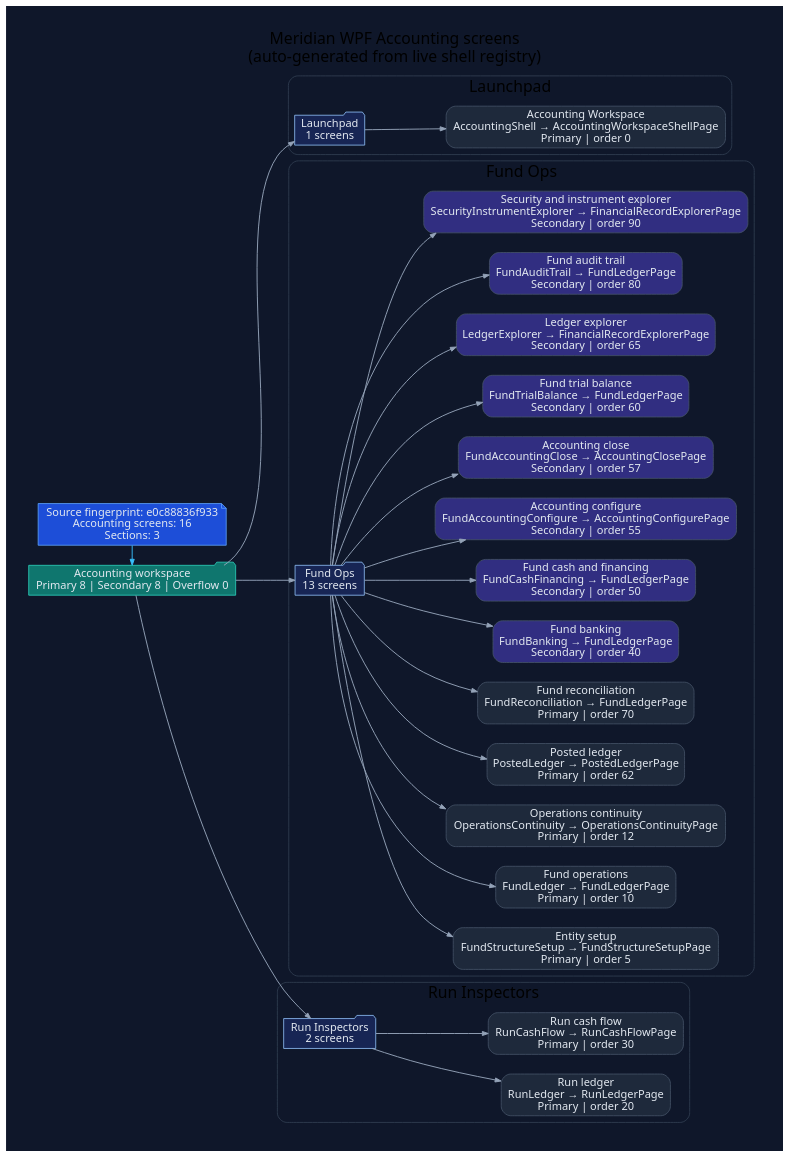
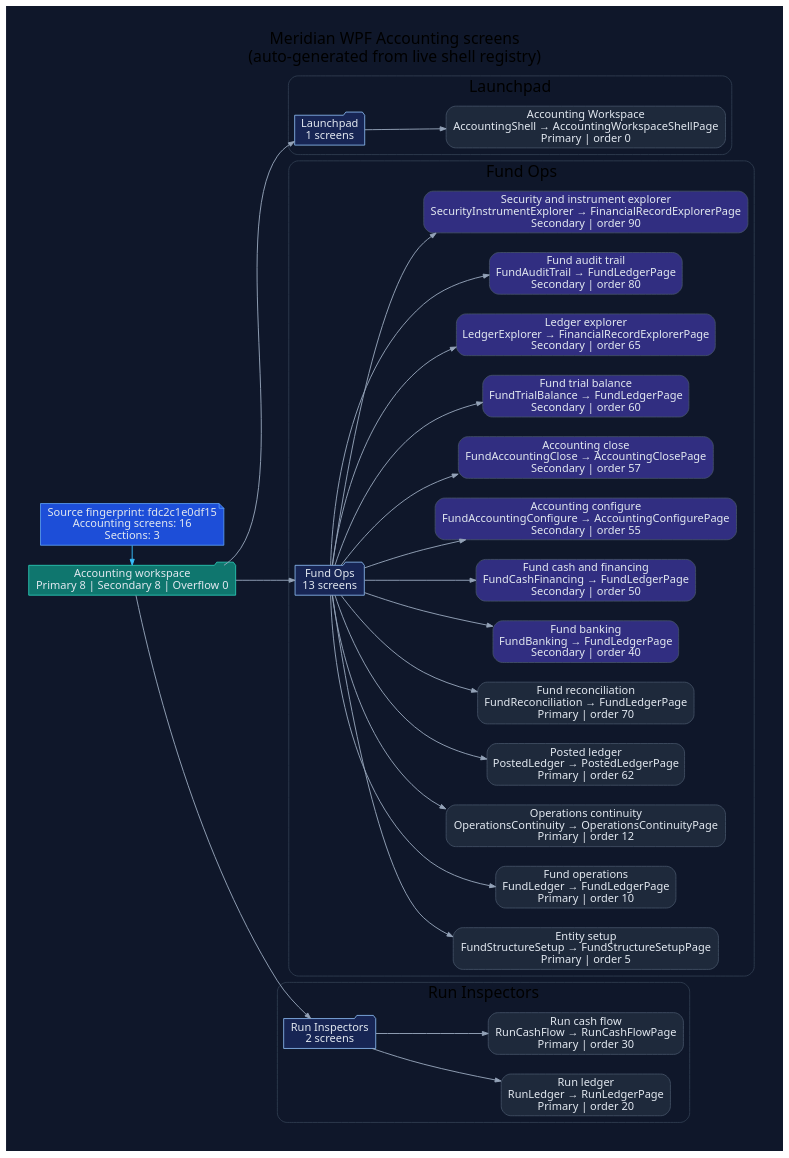
The diagram in docs/diagrams/ui-wpf-screens-accounting.dot (rodoHasArrived/Meridian-main), drawn with Graphviz before and after one commit. The commit also changed 187 other files, not shown here.

```diff
--- a/docs/diagrams/ui-wpf-screens-accounting.dot
+++ b/docs/diagrams/ui-wpf-screens-accounting.dot
@@ -1,82 +1,82 @@
 // -----------------------------------------------------------------------------
 // <auto-generated>
 // Generated by scripts/generate-diagrams.mjs.
 // Do not edit this file directly; update the WPF source files instead.
 // -----------------------------------------------------------------------------
 digraph WpfAccountingScreens {
   graph [
     rankdir=LR,
     labelloc=t,
     label="Meridian WPF Accounting screens\n(auto-generated from live shell registry)",
     fontname="Segoe UI",
     fontsize=20,
     pad=0.4,
     nodesep=0.35,
     ranksep=0.85,
     bgcolor="#0f172a"
   ];
   node [fontname="Segoe UI", shape=box, style="rounded,filled", color="#475569", fontcolor="#e2e8f0", fillcolor="#1e293b"];
   edge [fontname="Segoe UI", color="#94a3b8", penwidth=1.2, arrowsize=0.75];
 
-  generated [shape=note, fillcolor="#1d4ed8", color="#60a5fa", label="Source fingerprint: e0c88836f933\nAccounting screens: 16\nSections: 3"];
+  generated [shape=note, fillcolor="#1d4ed8", color="#60a5fa", label="Source fingerprint: fdc2c1e0df15\nAccounting screens: 16\nSections: 3"];
   workspace [shape=folder, fillcolor="#0f766e", color="#2dd4bf", label="Accounting workspace\nPrimary 8 | Secondary 8 | Overflow 0"];
   generated -> workspace [color="#38bdf8"];
 
   subgraph cluster_section_1 {
     label="Launchpad";
     color="#334155";
     style="rounded";
     section_1 [shape=folder, fillcolor="#172554", color="#93c5fd", label="Launchpad\n1 screens"];
     workspace -> section_1;
     screen_AccountingShell [fillcolor="#1e293b", label="Accounting Workspace\nAccountingShell → AccountingWorkspaceShellPage\nPrimary | order 0"];
     section_1 -> screen_AccountingShell;
   }
 
   subgraph cluster_section_2 {
     label="Fund Ops";
     color="#334155";
     style="rounded";
     section_2 [shape=folder, fillcolor="#172554", color="#93c5fd", label="Fund Ops\n13 screens"];
     workspace -> section_2;
     screen_FundStructureSetup [fillcolor="#1e293b", label="Entity setup\nFundStructureSetup → FundStructureSetupPage\nPrimary | order 5"];
     section_2 -> screen_FundStructureSetup;
     screen_FundLedger [fillcolor="#1e293b", label="Fund operations\nFundLedger → FundLedgerPage\nPrimary | order 10"];
     section_2 -> screen_FundLedger;
     screen_OperationsContinuity [fillcolor="#1e293b", label="Operations continuity\nOperationsContinuity → OperationsContinuityPage\nPrimary | order 12"];
     section_2 -> screen_OperationsContinuity;
     screen_PostedLedger [fillcolor="#1e293b", label="Posted ledger\nPostedLedger → PostedLedgerPage\nPrimary | order 62"];
     section_2 -> screen_PostedLedger;
     screen_FundReconciliation [fillcolor="#1e293b", label="Fund reconciliation\nFundReconciliation → FundLedgerPage\nPrimary | order 70"];
     section_2 -> screen_FundReconciliation;
     screen_FundBanking [fillcolor="#312e81", label="Fund banking\nFundBanking → FundLedgerPage\nSecondary | order 40"];
     section_2 -> screen_FundBanking;
     screen_FundCashFinancing [fillcolor="#312e81", label="Fund cash and financing\nFundCashFinancing → FundLedgerPage\nSecondary | order 50"];
     section_2 -> screen_FundCashFinancing;
     screen_FundAccountingConfigure [fillcolor="#312e81", label="Accounting configure\nFundAccountingConfigure → AccountingConfigurePage\nSecondary | order 55"];
     section_2 -> screen_FundAccountingConfigure;
     screen_FundAccountingClose [fillcolor="#312e81", label="Accounting close\nFundAccountingClose → AccountingClosePage\nSecondary | order 57"];
     section_2 -> screen_FundAccountingClose;
     screen_FundTrialBalance [fillcolor="#312e81", label="Fund trial balance\nFundTrialBalance → FundLedgerPage\nSecondary | order 60"];
     section_2 -> screen_FundTrialBalance;
     screen_LedgerExplorer [fillcolor="#312e81", label="Ledger explorer\nLedgerExplorer → FinancialRecordExplorerPage\nSecondary | order 65"];
     section_2 -> screen_LedgerExplorer;
     screen_FundAuditTrail [fillcolor="#312e81", label="Fund audit trail\nFundAuditTrail → FundLedgerPage\nSecondary | order 80"];
     section_2 -> screen_FundAuditTrail;
     screen_SecurityInstrumentExplorer [fillcolor="#312e81", label="Security and instrument explorer\nSecurityInstrumentExplorer → FinancialRecordExplorerPage\nSecondary | order 90"];
     section_2 -> screen_SecurityInstrumentExplorer;
   }
 
   subgraph cluster_section_3 {
     label="Run Inspectors";
     color="#334155";
     style="rounded";
     section_3 [shape=folder, fillcolor="#172554", color="#93c5fd", label="Run Inspectors\n2 screens"];
     workspace -> section_3;
     screen_RunLedger [fillcolor="#1e293b", label="Run ledger\nRunLedger → RunLedgerPage\nPrimary | order 20"];
     section_3 -> screen_RunLedger;
     screen_RunCashFlow [fillcolor="#1e293b", label="Run cash flow\nRunCashFlow → RunCashFlowPage\nPrimary | order 30"];
     section_3 -> screen_RunCashFlow;
   }
 
   { rank=min; generated; workspace; }
 }
```
